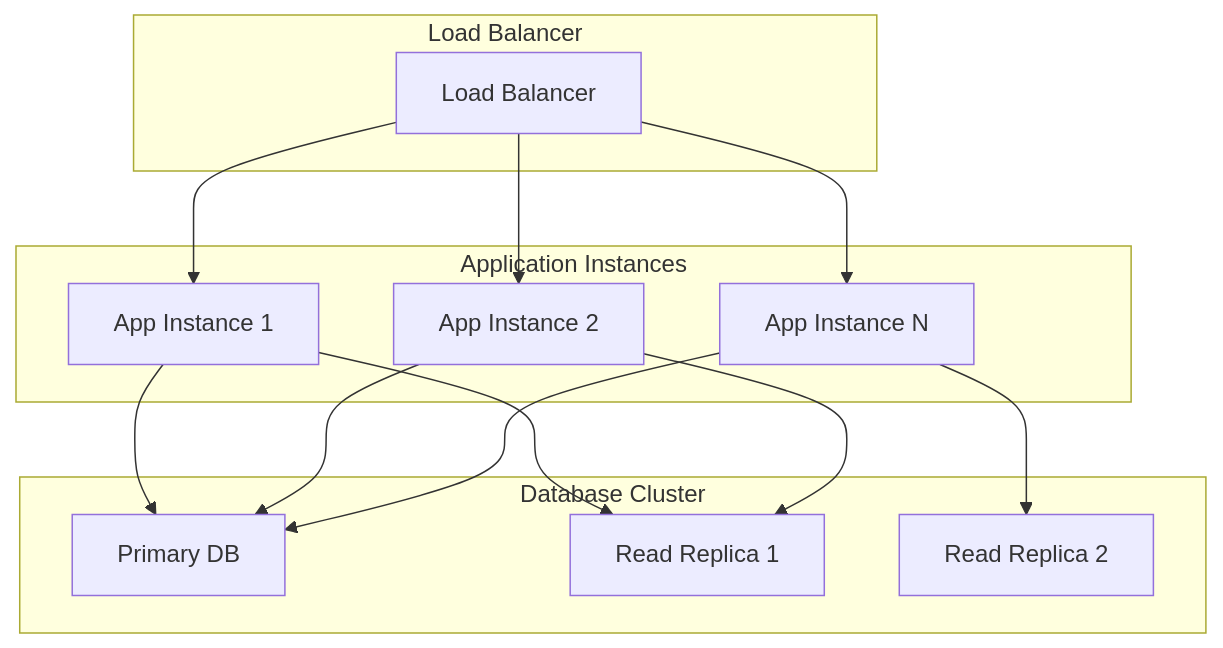
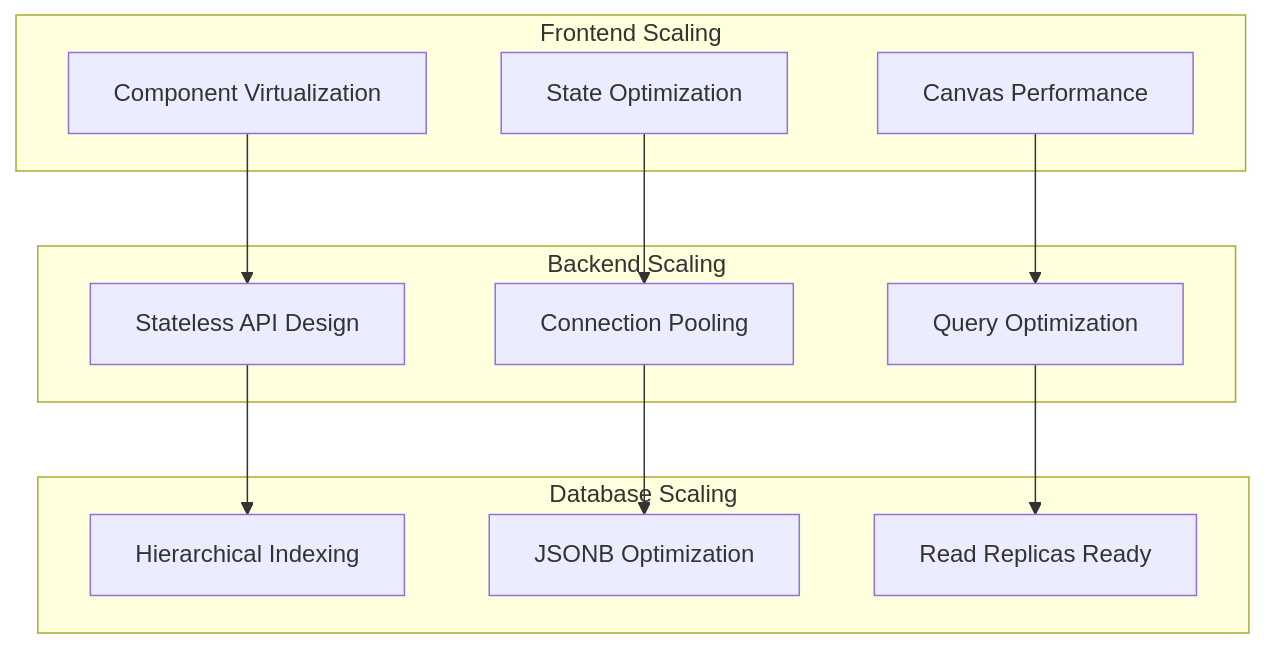
The fifth of 9 diagrams in docs/architecture/System_Architecture_Overview.md (catalinviciu/ProductCanvas), drawn with Mermaid before and after one commit. The commit also changed other lines of this file, not shown here.

First line of the commit message:
Assistant checkpoint: Updated architecture overview with Impact Tree specifics

````diff
--- a/docs/architecture/System_Architecture_Overview.md
+++ b/docs/architecture/System_Architecture_Overview.md
@@ -151,30 +183,27 @@
 ```mermaid
 graph TB
-    subgraph "Load Balancer"
-        LB[Load Balancer]
+    subgraph "Frontend Scaling"
+        A1[Component Virtualization]
+        A2[State Optimization]
+        A3[Canvas Performance]
     end
     
-    subgraph "Application Instances"
-        A1[App Instance 1]
-        A2[App Instance 2]
-        A3[App Instance N]
+    subgraph "Backend Scaling"
+        B1[Stateless API Design]
+        B2[Connection Pooling]
+        B3[Query Optimization]
     end
     
-    subgraph "Database Cluster"
-        DB1[Primary DB]
-        DB2[Read Replica 1]
-        DB3[Read Replica 2]
+    subgraph "Database Scaling"
+        C1[Hierarchical Indexing]
+        C2[JSONB Optimization]
+        C3[Read Replicas Ready]
     end
     
-    LB --> A1
-    LB --> A2
-    LB --> A3
-    
-    A1 --> DB1
-    A2 --> DB1
-    A3 --> DB1
-    
-    A1 --> DB2
-    A2 --> DB2
-    A3 --> DB3
+    A1 --> B1
+    A2 --> B2
+    A3 --> B3
+    B1 --> C1
+    B2 --> C2
+    B3 --> C3
 ```
````
